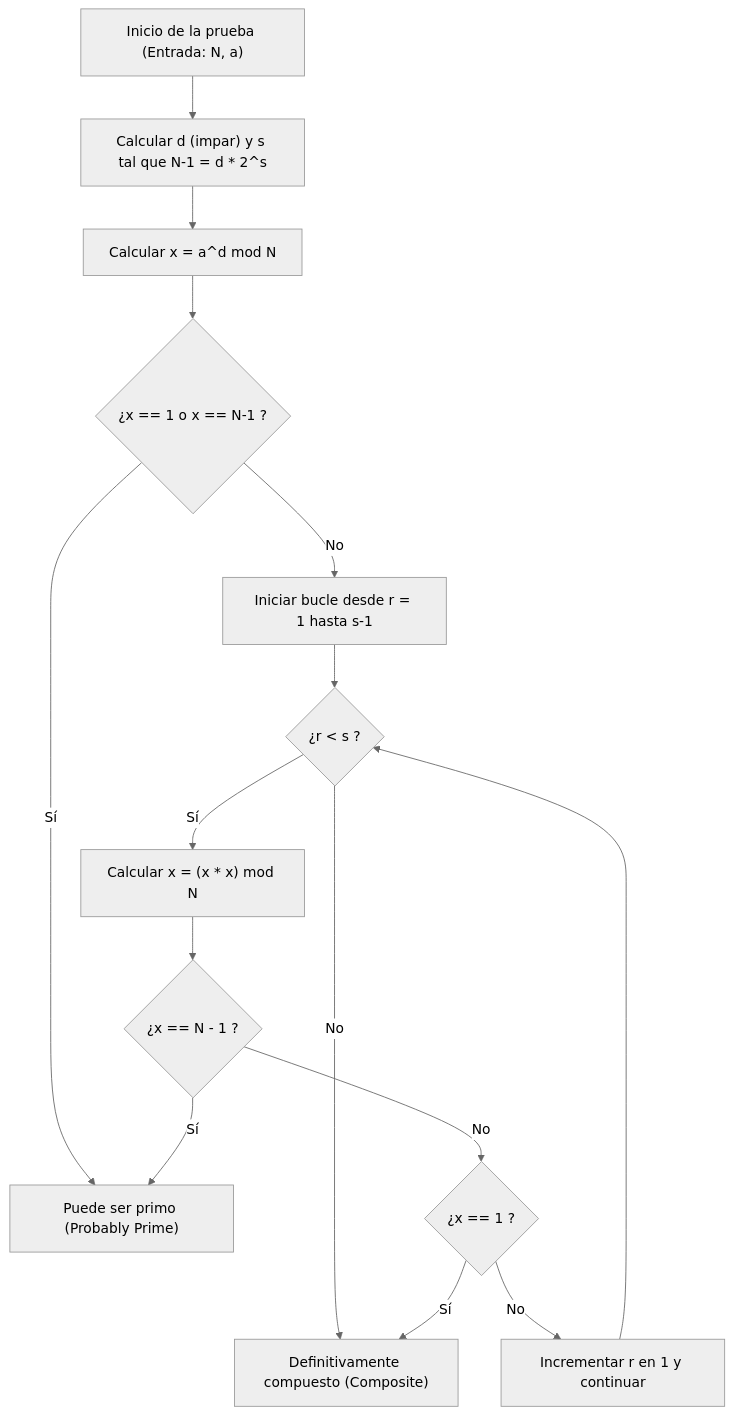
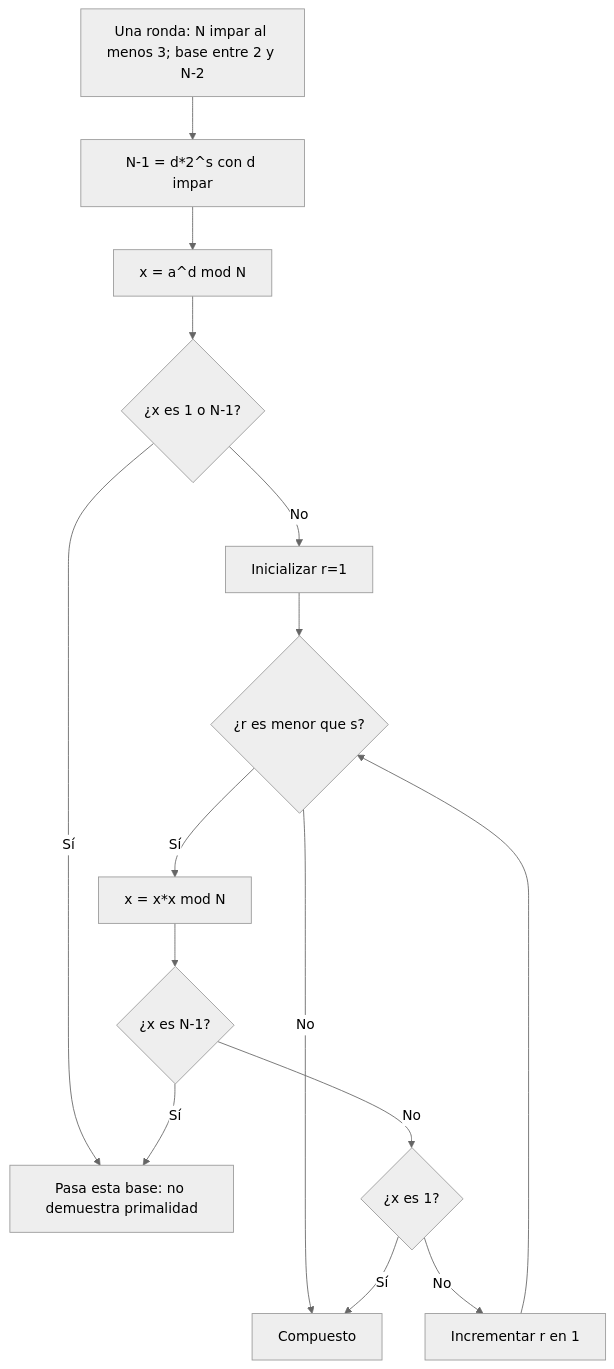
One commit to kenjinote/blog changed the first of 2 diagrams in content/post/cppで実装する高速な素数判定アルゴリズム/index.es.md. Above: the diagram before and after it, drawn with Mermaid (neutral theme). The commit also changed other lines of this file and 4 other files, not shown here.

````diff
--- a/content/post/cppで実装する高速な素数判定アルゴリズム/index.es.md
+++ b/content/post/cppで実装する高速な素数判定アルゴリズム/index.es.md
@@ -123,20 +116,17 @@
 ```mermaid
 graph TD
-    Start["Inicio de la prueba (Entrada: N, a)"] --> CalcDS["Calcular d (impar) y s tal que N-1 = d * 2^s"]
-    CalcDS --> CalcX["Calcular x = a^d mod N"]
-    CalcX --> CheckX1{"¿x == 1 o x == N-1 ?"}
-    CheckX1 -- Sí --> ReturnTrue["Puede ser primo (Probably Prime)"]
-    CheckX1 -- No --> LoopStart["Iniciar bucle desde r = 1 hasta s-1"]
-    
-    LoopStart --> LoopCondition{"¿r < s ?"}
-    LoopCondition -- No --> ReturnFalse["Definitivamente compuesto (Composite)"]
-    LoopCondition -- Sí --> SquareX["Calcular x = (x * x) mod N"]
-    
-    SquareX --> CheckXMinus1{"¿x == N - 1 ?"}
-    CheckXMinus1 -- Sí --> ReturnTrue
-    CheckXMinus1 -- No --> CheckXOne{"¿x == 1 ?"}
-    
-    CheckXOne -- Sí --> ReturnFalse
-    CheckXOne -- No --> LoopNext["Incrementar r en 1 y continuar"]
-    LoopNext --> LoopCondition
+    Start["Una ronda: N impar al menos 3; base entre 2 y N-2"] --> DS["N-1 = d*2^s con d impar"]
+    DS --> Power["x = a^d mod N"]
+    Power --> First{"¿x es 1 o N-1?"}
+    First -- Sí --> Pass["Pasa esta base: no demuestra primalidad"]
+    First -- No --> Init["Inicializar r=1"]
+    Init --> More{"¿r es menor que s?"}
+    More -- No --> Fail["Compuesto"]
+    More -- Sí --> Square["x = x*x mod N"]
+    Square --> Minus{"¿x es N-1?"}
+    Minus -- Sí --> Pass
+    Minus -- No --> One{"¿x es 1?"}
+    One -- Sí --> Fail
+    One -- No --> Next["Incrementar r en 1"]
+    Next --> More
 ```
````
